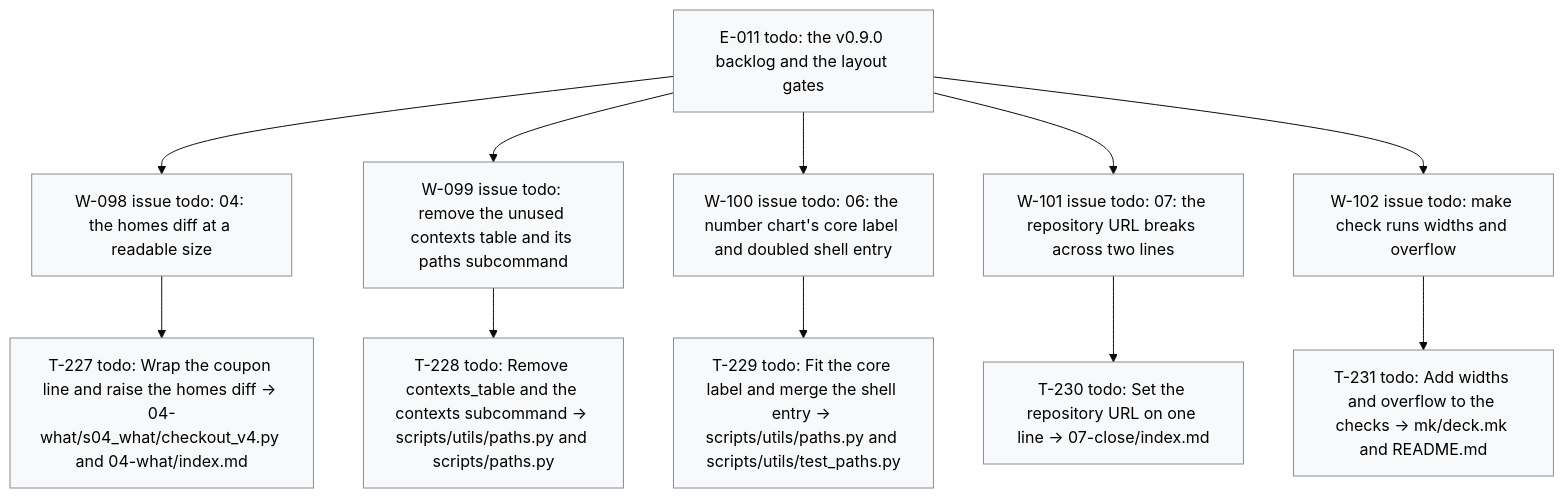
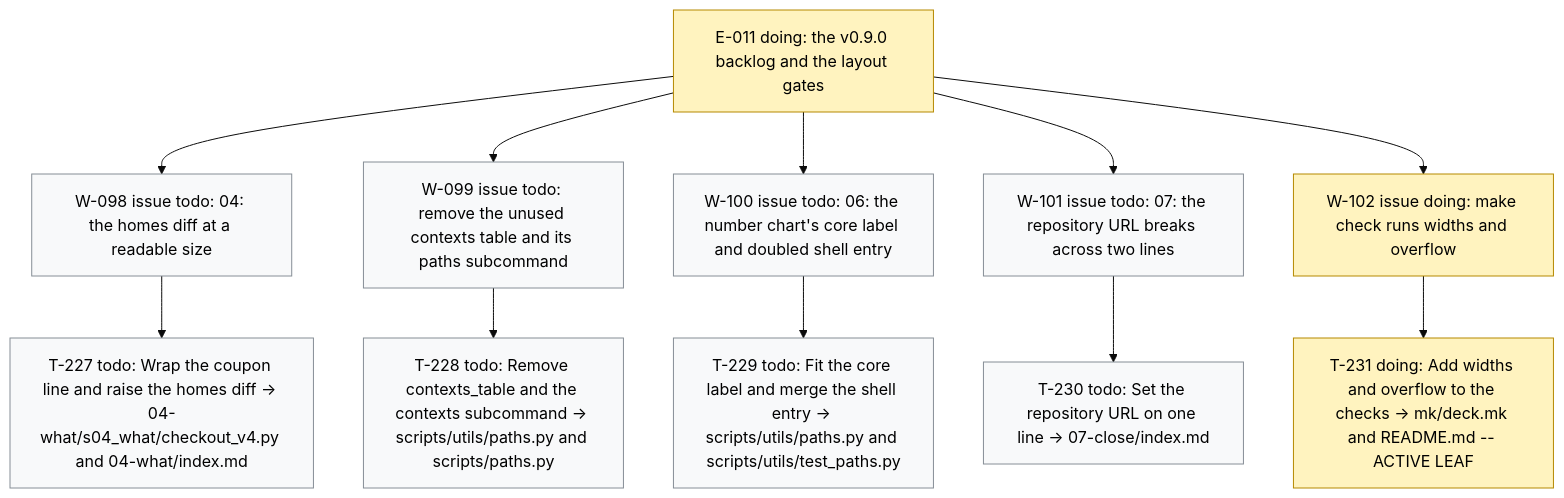
Before and after one commit to dpopchev/chaos-to-simple: the diagram in .board/BOARD.md, drawn with Mermaid (base theme). The commit also changed other lines of this file and 3 other files, not shown here.

````diff
--- a/.board/BOARD.md
+++ b/.board/BOARD.md
@@ -594,20 +594,21 @@
 ```mermaid
 flowchart TD
-  E011["E-011 todo: the v0.9.0 backlog and the layout gates"]
+  E011["E-011 doing: the v0.9.0 backlog and the layout gates"]
   E011 --> W098["W-098 issue todo: 04: the homes diff at a readable size"]
   W098 --> T227["T-227 todo: Wrap the coupon line and raise the homes diff -> 04-what/s04_what/checkout_v4.py and 04-what/index.md"]
   E011 --> W099["W-099 issue todo: remove the unused contexts table and its paths subcommand"]
   W099 --> T228["T-228 todo: Remove contexts_table and the contexts subcommand -> scripts/utils/paths.py and scripts/paths.py"]
   E011 --> W100["W-100 issue todo: 06: the number chart's core label and doubled shell entry"]
   W100 --> T229["T-229 todo: Fit the core label and merge the shell entry -> scripts/utils/paths.py and scripts/utils/test_paths.py"]
   E011 --> W101["W-101 issue todo: 07: the repository URL breaks across two lines"]
   W101 --> T230["T-230 todo: Set the repository URL on one line -> 07-close/index.md"]
-  E011 --> W102["W-102 issue todo: make check runs widths and overflow"]
-  W102 --> T231["T-231 todo: Add widths and overflow to the checks -> mk/deck.mk and README.md"]
+  E011 --> W102["W-102 issue doing: make check runs widths and overflow"]
+  W102 --> T231["T-231 doing: Add widths and overflow to the checks -> mk/deck.mk and README.md -- ACTIVE LEAF"]
   classDef doing fill:#fff3bf,stroke:#b58900,color:#000;
   classDef blocked fill:#ffe3e3,stroke:#c92a2a,color:#000;
   classDef done fill:#e6ffed,stroke:#2b8a3e,color:#000;
   classDef todo fill:#f8f9fa,stroke:#868e96,color:#000;
   classDef pruned fill:#f1f3f5,stroke:#adb5bd,color:#000;
-  class E011,W098,T227,W099,T228,W100,T229,W101,T230,W102,T231 todo
+  class E011,W102,T231 doing
+  class W098,T227,W099,T228,W100,T229,W101,T230 todo
 ```
````
